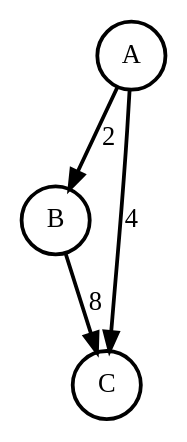
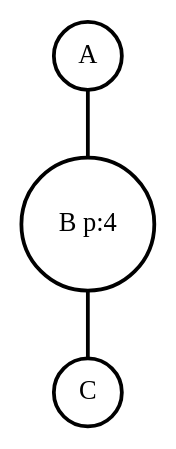
Before and after one commit to Scrow-rgb/trabalho-grafos: the diagram in grafo.dot, drawn with Graphviz. The commit also changed 1 other file, not shown here.

```diff
--- a/grafo.dot
+++ b/grafo.dot
@@ -1,8 +1,7 @@
-digraph G {
+graph G {
     0 [label="A", penwidth=2, shape="circle"];
-    1 [label="B", penwidth=2, shape="circle"];
+    1 [label="B p:4", penwidth=2, shape="circle"];
     2 [label="C", penwidth=2, shape="circle"];
-    0 -> 1 [penwidth=2, color=black, label="2"];
-    0 -> 2 [penwidth=2, color=black, label="4"];
-    1 -> 2 [penwidth=2, color=black, label="8"];
+    0 -- 1 [penwidth=2, color=black];
+    1 -- 2 [penwidth=2, color=black];
 }
```
